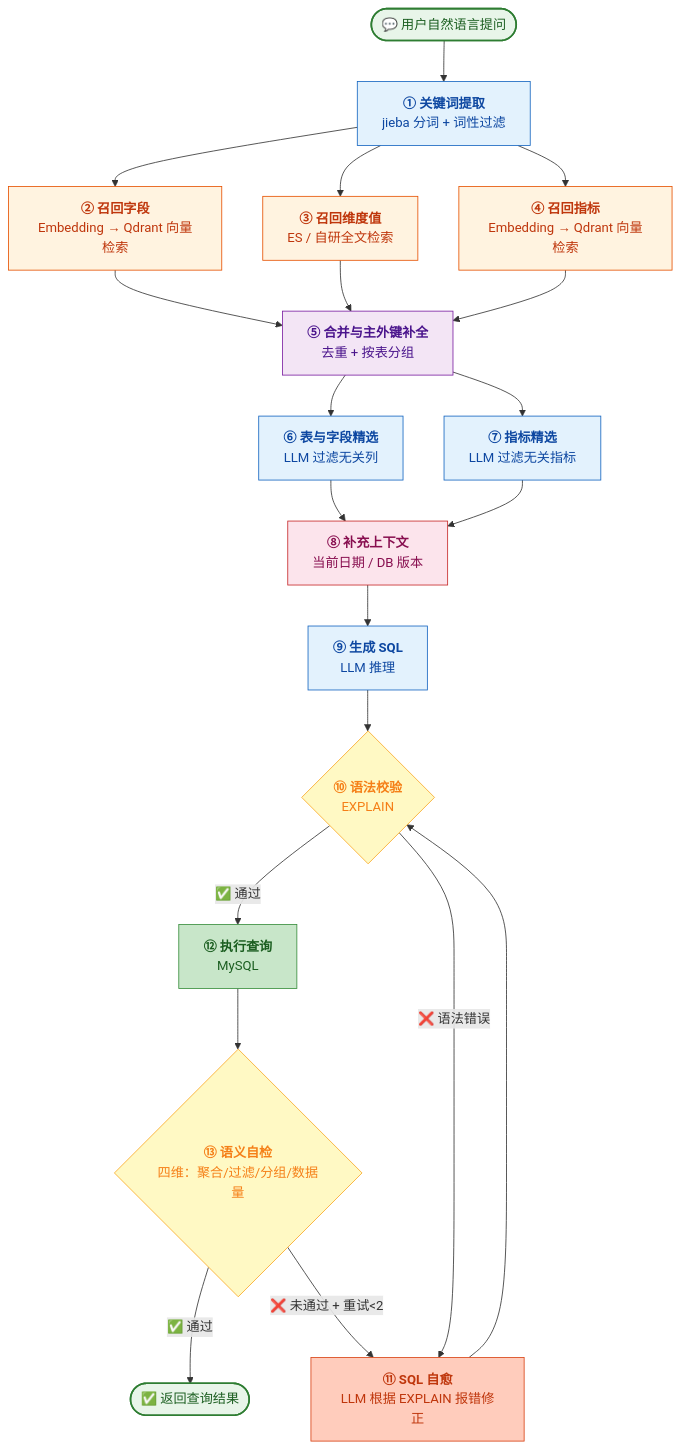
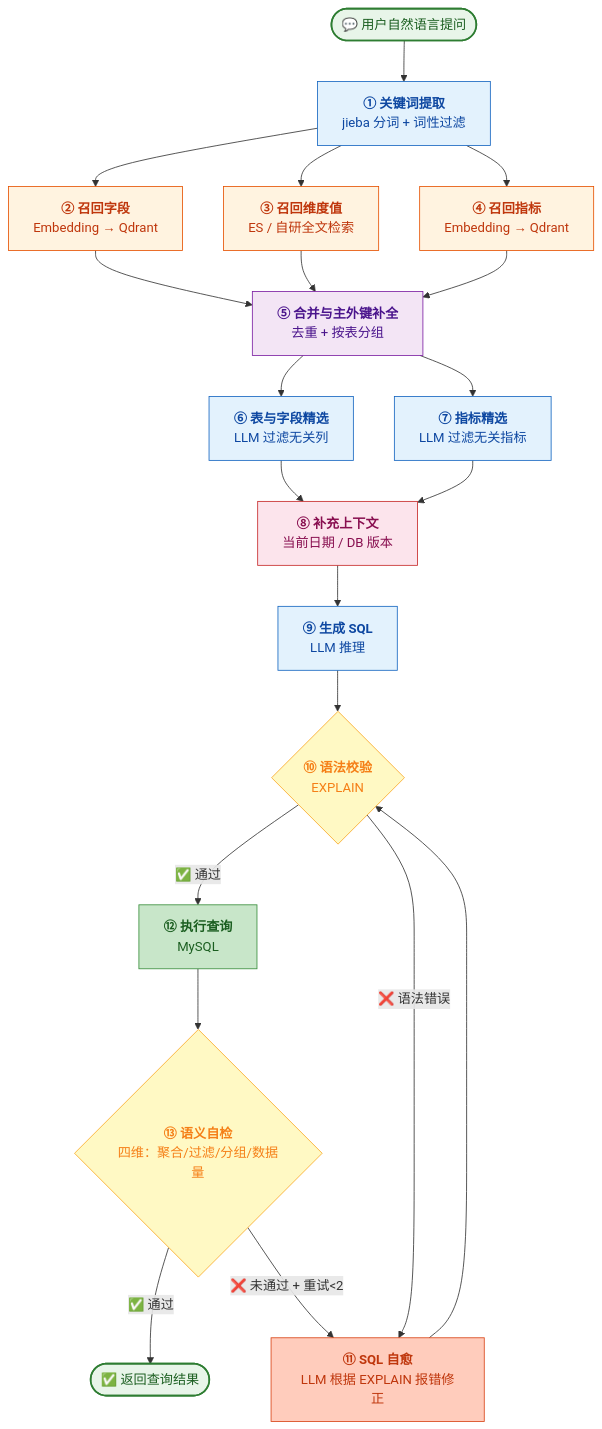
One commit to yj9407/RAG-ZhiDaFangZhou changed the first of 2 diagrams in README.md. Above: the diagram before and after it, drawn with Mermaid. The commit also changed other lines of this file, not shown here.

Commit message:
style: 简化节点文案，让链路图更清爽

````diff
--- a/README.md
+++ b/README.md
@@ -19,41 +19,41 @@
 ```mermaid
 graph TD
     START(["💬 用户自然语言提问"]):::startEnd
     START --> N1["<b>① 关键词提取</b><br/>jieba 分词 + 词性过滤"]:::llm
 
-    N1 --> N2["<b>② 召回字段</b><br/>Embedding → Qdrant 向量检索"]:::search
+    N1 --> N2["<b>② 召回字段</b><br/>Embedding → Qdrant"]:::search
     N1 --> N3["<b>③ 召回维度值</b><br/>ES / 自研全文检索"]:::search
-    N1 --> N4["<b>④ 召回指标</b><br/>Embedding → Qdrant 向量检索"]:::search
+    N1 --> N4["<b>④ 召回指标</b><br/>Embedding → Qdrant"]:::search
 
     N2 --> N5["<b>⑤ 合并与主外键补全</b><br/>去重 + 按表分组"]:::merge
     N3 --> N5
     N4 --> N5
 
     N5 --> N6["<b>⑥ 表与字段精选</b><br/>LLM 过滤无关列"]:::llm
     N5 --> N7["<b>⑦ 指标精选</b><br/>LLM 过滤无关指标"]:::llm
 
     N6 --> N8["<b>⑧ 补充上下文</b><br/>当前日期 / DB 版本"]:::ctx
     N7 --> N8
 
     N8 --> N9["<b>⑨ 生成 SQL</b><br/>LLM 推理"]:::llm
 
     N9 --> N10{"<b>⑩ 语法校验</b><br/>EXPLAIN"}:::decision
 
     N10 -->|"✅ 通过"| N12["<b>⑫ 执行查询</b><br/>MySQL"]:::exec
     N10 -->|"❌ 语法错误"| N11["<b>⑪ SQL 自愈</b><br/>LLM 根据 EXPLAIN 报错修正"]:::fix
     N11 --> N10
 
     N12 --> N13{"<b>⑬ 语义自检</b><br/>四维：聚合/过滤/分组/数据量"}:::decision
 
     N13 -->|"✅ 通过"| END(["✅ 返回查询结果"]):::startEnd
     N13 -->|"❌ 未通过 + 重试&lt;2"| N11
 
     classDef startEnd fill:#e8f5e9,stroke:#2e7d32,stroke-width:2px,color:#1b5e20
     classDef llm fill:#e3f2fd,stroke:#1565c0,color:#0d47a1
     classDef search fill:#fff3e0,stroke:#e65100,color:#bf360c
     classDef merge fill:#f3e5f5,stroke:#7b1fa2,color:#4a148c
     classDef ctx fill:#fce4ec,stroke:#c62828,color:#880e4f
     classDef decision fill:#fff9c4,stroke:#f9a825,color:#f57f17
     classDef exec fill:#c8e6c9,stroke:#388e3c,color:#1b5e20
     classDef fix fill:#ffccbc,stroke:#d84315,color:#bf360c
 ```
````
